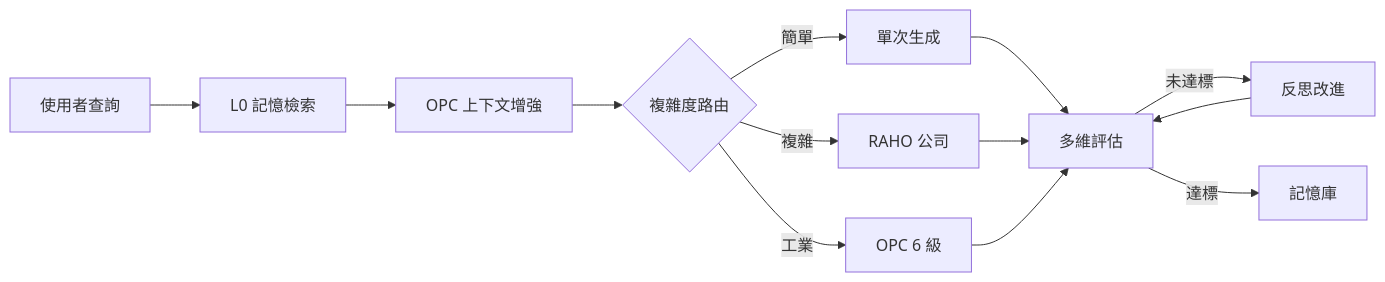
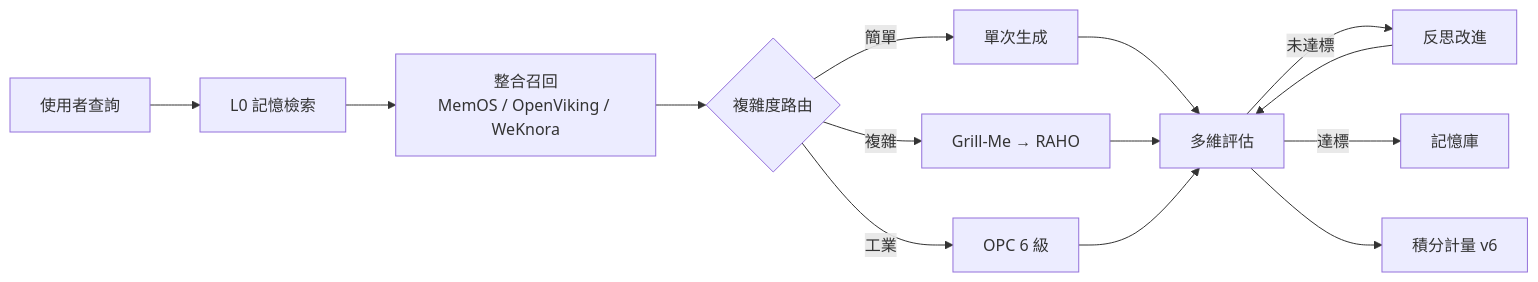
The diagram in README.md (iiooiioo888/Linkin), drawn with Mermaid before and after one commit. The commit also changed other lines of this file and 102 other files, not shown here.

````diff
--- a/README.md
+++ b/README.md
@@ -53,15 +76,16 @@
 ```mermaid
 graph LR
     A[使用者查詢] --> B[L0 記憶檢索]
-    B --> C[OPC 上下文增強]
+    B --> C[整合召回<br/>MemOS / OpenViking / WeKnora]
     C --> D{複雜度路由}
     D -->|簡單| E[單次生成]
-    D -->|複雜| F[RAHO 公司]
+    D -->|複雜| F[Grill-Me → RAHO]
     D -->|工業| G[OPC 6 級]
     E --> H[多維評估]
     F --> H
     G --> H
     H -->|未達標| I[反思改進]
     I --> H
     H -->|達標| J[記憶庫]
+    H --> K[積分計量 v6]
 ```
````
